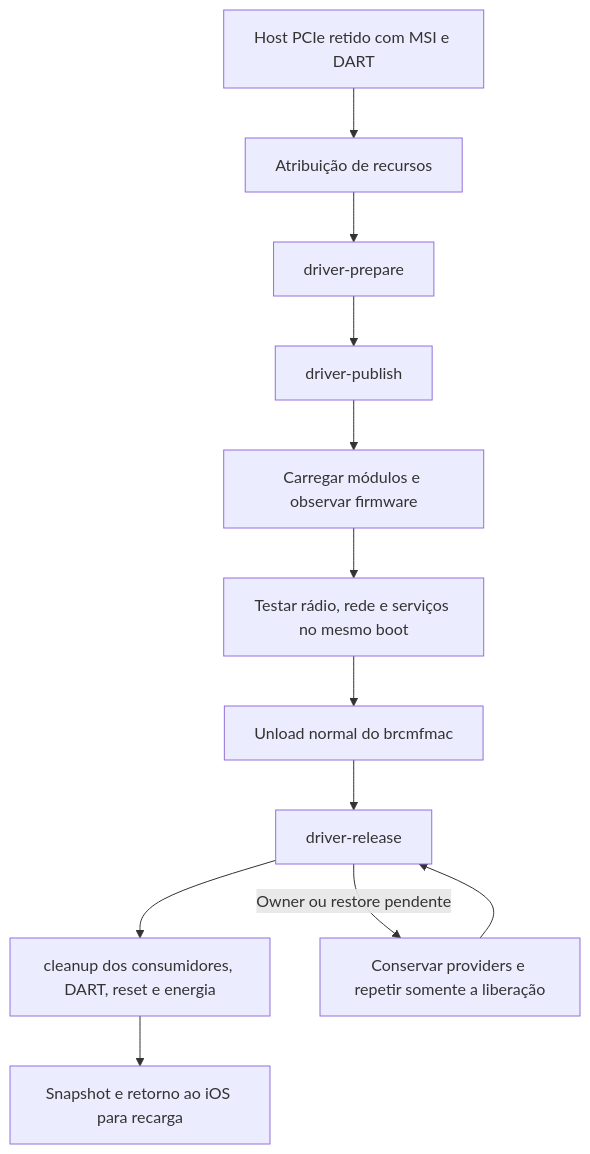
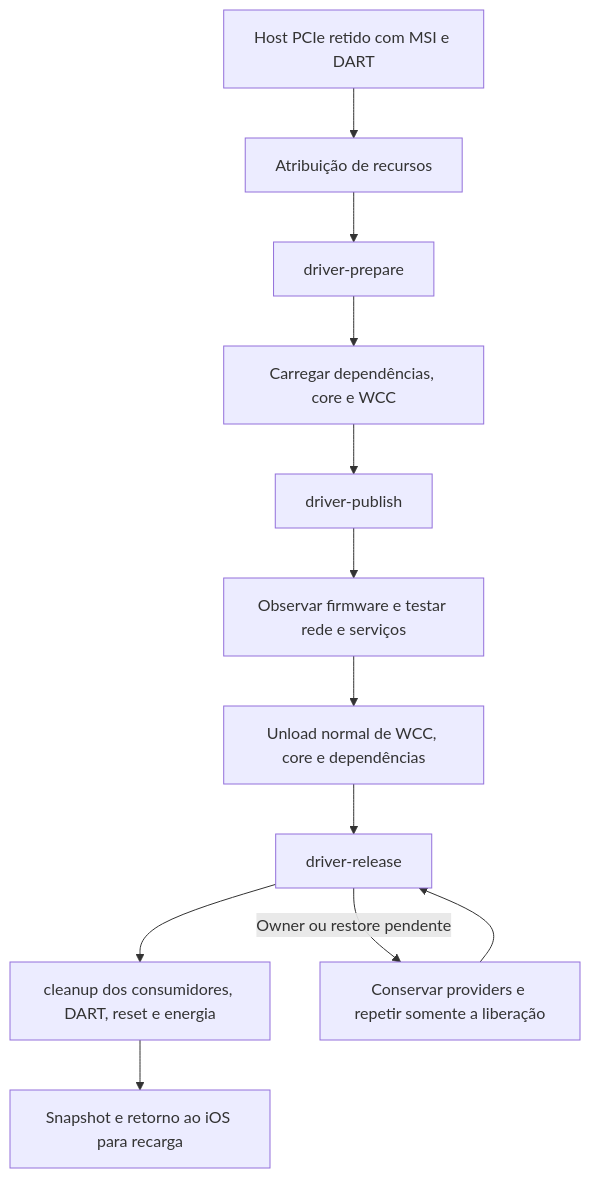
Before and after one commit to djalmajr/iphone6s-linux: the diagram in iphone-linux-tools/docs/N71_BRCMFMAC_RUNTIME.md, drawn with Mermaid. The commit also changed other lines of this file and 4 other files, not shown here.

````diff
--- a/iphone-linux-tools/docs/N71_BRCMFMAC_RUNTIME.md
+++ b/iphone-linux-tools/docs/N71_BRCMFMAC_RUNTIME.md
@@ -13,14 +13,14 @@
 ```mermaid
 flowchart TD
     H[Host PCIe retido com MSI e DART] --> A[Atribuição de recursos]
     A --> P[driver-prepare]
-    P --> B[driver-publish]
-    B --> F[Carregar módulos e observar firmware]
-    F --> W[Testar rádio, rede e serviços no mesmo boot]
-    W --> U[Unload normal do brcmfmac]
+    P --> F[Carregar dependências, core e WCC]
+    F --> B[driver-publish]
+    B --> W[Observar firmware e testar rede e serviços]
+    W --> U[Unload normal de WCC, core e dependências]
     U --> R[driver-release]
     R --> C[cleanup dos consumidores, DART, reset e energia]
     C --> S[Snapshot e retorno ao iOS para recarga]
     R -->|Owner ou restore pendente| T[Conservar providers e repetir somente a liberação]
     T --> R
 ```
````
